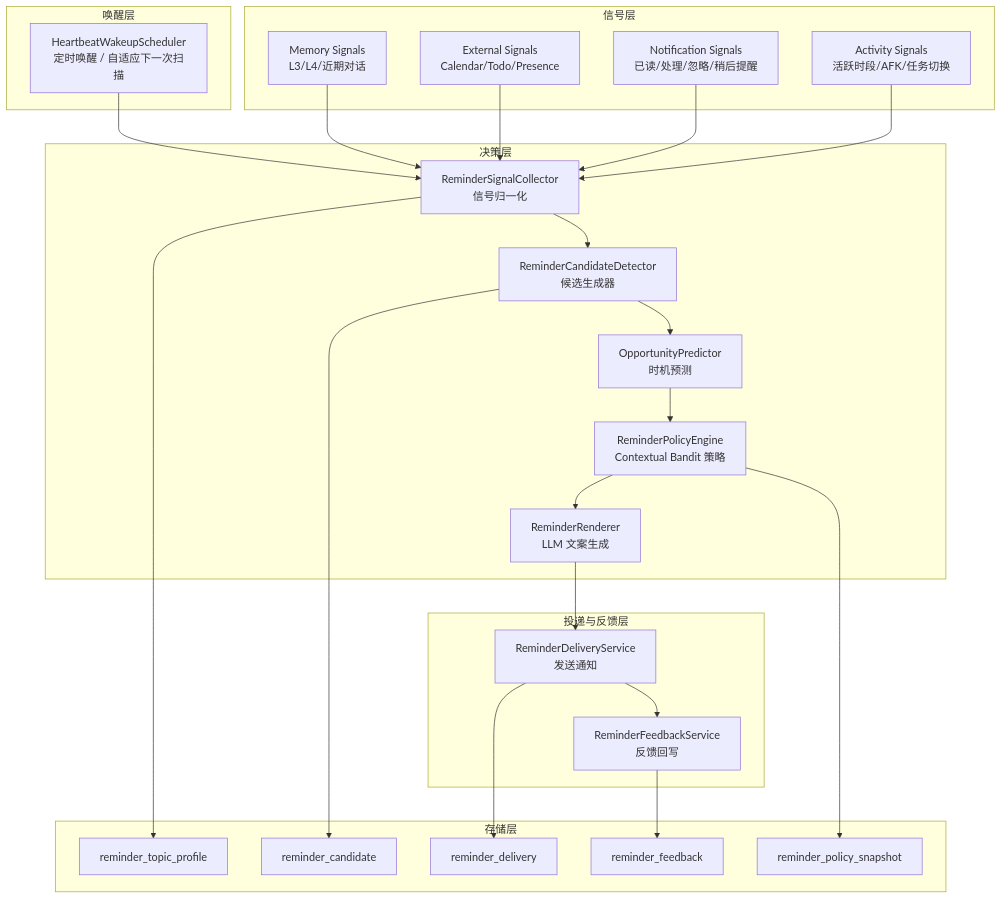
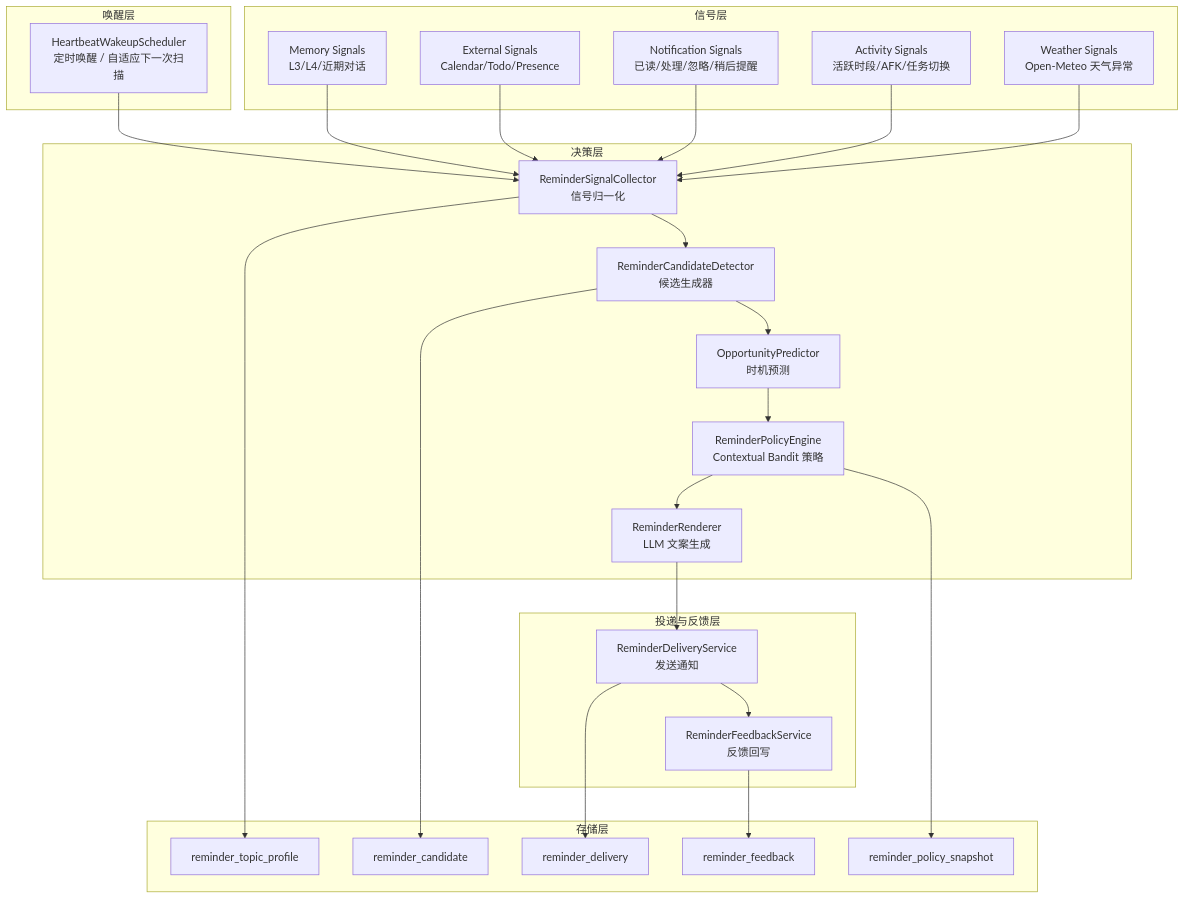
One commit to ntygod/LifePilot changed the diagram in docs/architecture/proactive-reminder-engine.md. Above: the diagram before and after it, drawn with Mermaid. The commit also changed other lines of this file and 22 other files, not shown here.

First line of the commit message:
feat(proactive): 主动引擎补完 — 反馈闭环 + 零配置天气感知 + 剪贴板意图推送

````diff
--- a/docs/architecture/proactive-reminder-engine.md
+++ b/docs/architecture/proactive-reminder-engine.md
@@ -87,51 +88,53 @@
 ```mermaid
 graph TB
     subgraph "唤醒层"
         WAKE["HeartbeatWakeupScheduler<br/>定时唤醒 / 自适应下一次扫描"]
     end
 
     subgraph "信号层"
         MEM["Memory Signals<br/>L3/L4/近期对话"]
         EXT["External Signals<br/>Calendar/Todo/Presence"]
         NOTI["Notification Signals<br/>已读/处理/忽略/稍后提醒"]
         ACT["Activity Signals<br/>活跃时段/AFK/任务切换"]
+        WEATHER["Weather Signals<br/>Open-Meteo 天气异常"]
     end
 
     subgraph "决策层"
         COLLECT["ReminderSignalCollector<br/>信号归一化"]
         DETECT["ReminderCandidateDetector<br/>候选生成器"]
         PREDICT["OpportunityPredictor<br/>时机预测"]
         POLICY["ReminderPolicyEngine<br/>Contextual Bandit 策略"]
         RENDER["ReminderRenderer<br/>LLM 文案生成"]
     end
 
     subgraph "投递与反馈层"
         DELIVERY["ReminderDeliveryService<br/>发送通知"]
         FEEDBACK["ReminderFeedbackService<br/>反馈回写"]
     end
 
     subgraph "存储层"
         DB1["reminder_topic_profile"]
         DB2["reminder_candidate"]
         DB3["reminder_delivery"]
         DB4["reminder_feedback"]
         DB5["reminder_policy_snapshot"]
     end
 
     WAKE --> COLLECT
     MEM --> COLLECT
     EXT --> COLLECT
     NOTI --> COLLECT
     ACT --> COLLECT
+    WEATHER --> COLLECT
     COLLECT --> DETECT
     DETECT --> PREDICT
     PREDICT --> POLICY
     POLICY --> RENDER
     RENDER --> DELIVERY
     DELIVERY --> FEEDBACK
     COLLECT --> DB1
     DETECT --> DB2
     DELIVERY --> DB3
     FEEDBACK --> DB4
     POLICY --> DB5
 ```
````
